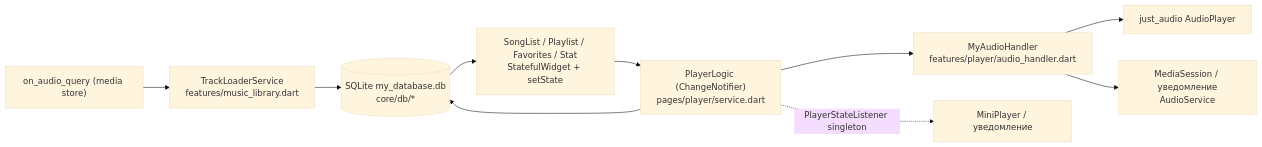
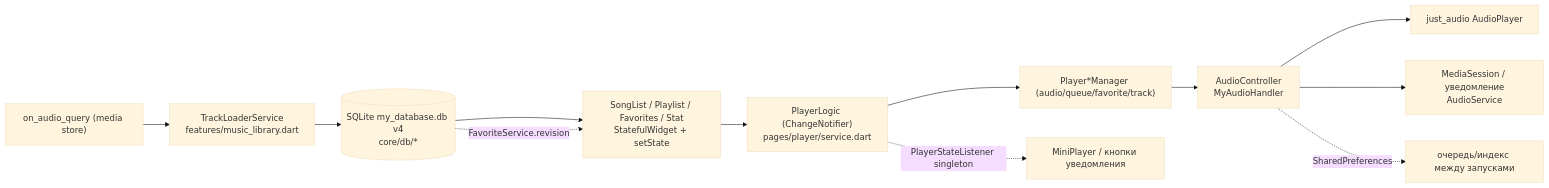
One commit to sewaustav/dot_music changed the diagram in ARCHITECTURE.md. Above: the diagram before and after it, drawn with Mermaid (base theme). The commit also changed other lines of this file and 86 other files, not shown here.

````diff
--- a/ARCHITECTURE.md
+++ b/ARCHITECTURE.md
@@ -103,12 +104,14 @@
 ```mermaid
 flowchart LR
     A["on_audio_query (media store)"] --> B["TrackLoaderService<br/>features/music_library.dart"]
-    B --> C[("SQLite my_database.db<br/>core/db/*")]
+    B --> C[("SQLite my_database.db v4<br/>core/db/*")]
     C --> D["SongList / Playlist / Favorites / Stat<br/>StatefulWidget + setState"]
     D --> E["PlayerLogic (ChangeNotifier)<br/>pages/player/service.dart"]
-    E --> F["MyAudioHandler<br/>features/player/audio_handler.dart"]
-    F --> G["just_audio AudioPlayer"]
-    F --> H["MediaSession / уведомление<br/>AudioService"]
-    E -. "PlayerStateListener singleton" .-> I["MiniPlayer / уведомление"]
-    E --> C
+    E --> M["Player*Manager (audio/queue/favorite/track)"]
+    M --> AC["AudioController<br/>MyAudioHandler"]
+    AC --> G["just_audio AudioPlayer"]
+    AC --> H["MediaSession / уведомление<br/>AudioService"]
+    AC -. "SharedPreferences" .-> R["очередь/индекс между запусками"]
+    E -. "PlayerStateListener singleton" .-> I["MiniPlayer / кнопки уведомления"]
+    C -. "FavoriteService.revision" .-> D
 ```
````
